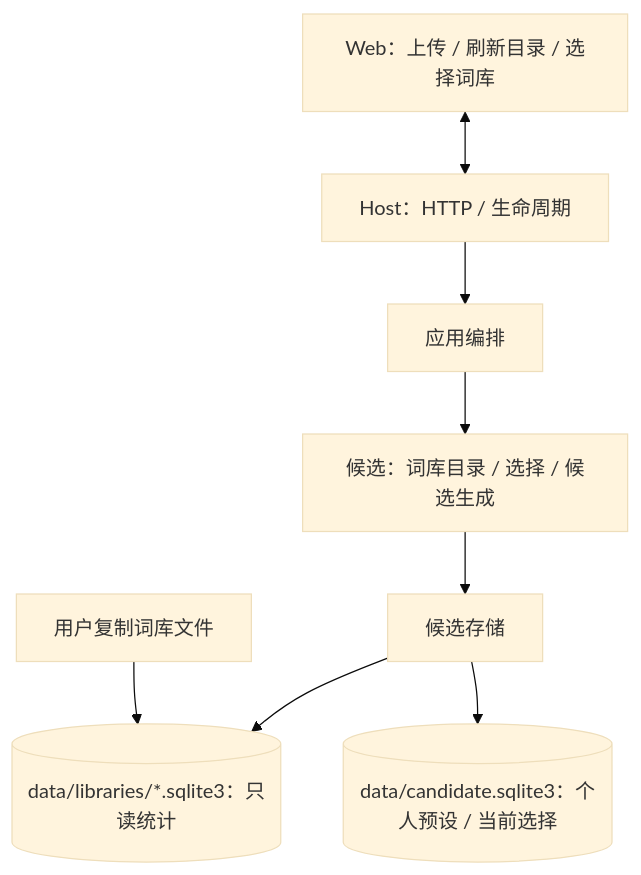
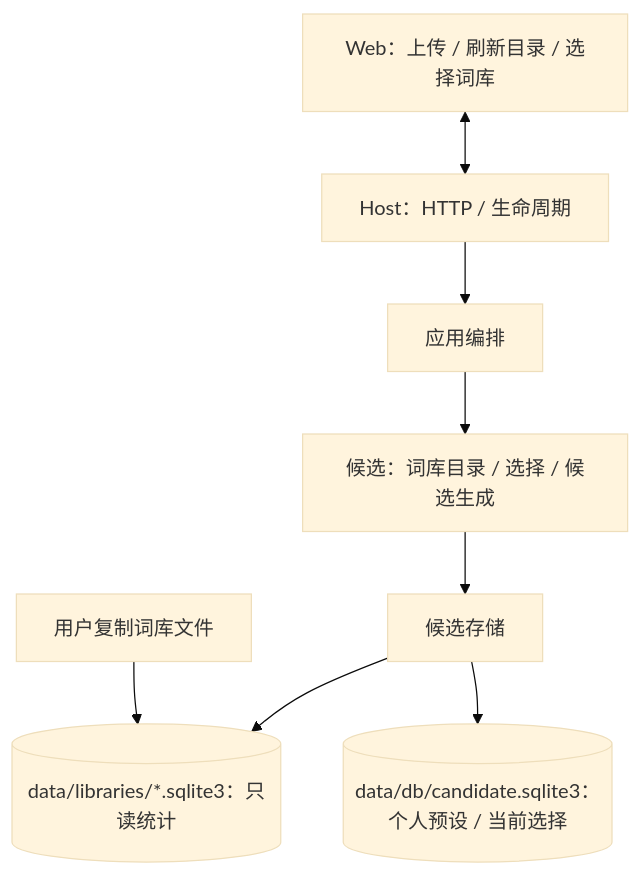
One commit to Lykr/pictide changed the first of 2 diagrams in docs/issues/library-selection.md. Above: the diagram before and after it, drawn with Mermaid (base theme). The commit also changed other lines of this file and 12 other files, not shown here.

````diff
--- a/docs/issues/library-selection.md
+++ b/docs/issues/library-selection.md
@@ -11,11 +11,11 @@
 ```mermaid
 flowchart TD
     Host["Host：HTTP / 生命周期"]
     UI["Web：上传 / 刷新目录 / 选择词库"] <--> Host
     Host --> App["应用编排"]
     App --> Candidate["候选：词库目录 / 选择 / 候选生成"]
     Candidate --> Store["候选存储"]
     Store --> Libraries[("data/libraries/*.sqlite3：只读统计")]
-    Store --> Presets[("data/candidate.sqlite3：个人预设 / 当前选择")]
+    Store --> Presets[("data/db/candidate.sqlite3：个人预设 / 当前选择")]
     Files["用户复制词库文件"] --> Libraries
 ```
````
